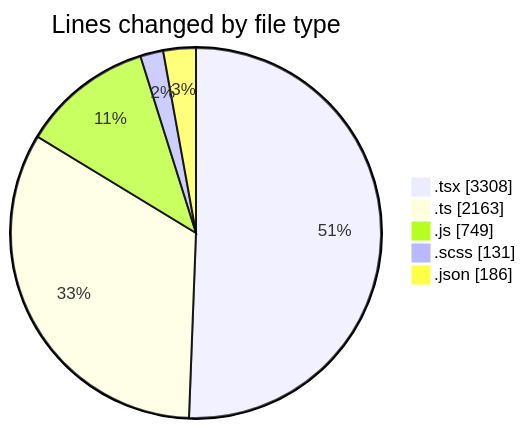
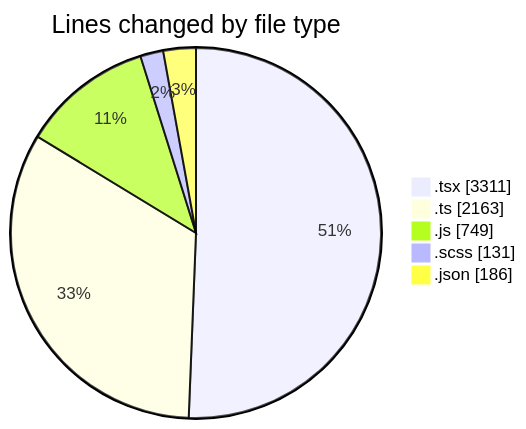
The first of 2 diagrams in 2026-06-11/cda/README.md (momahboobian/code-tracking), drawn with Mermaid before and after one commit. The commit also changed other lines of this file and 1 other file, not shown here.

````diff
--- a/2026-06-11/cda/README.md
+++ b/2026-06-11/cda/README.md
@@ -58,9 +58,9 @@
 ```mermaid
 pie showData
 title Lines changed by file type
-".tsx" : 3308
+".tsx" : 3311
 ".ts" : 2163
 ".js" : 749
 ".scss" : 131
 ".json" : 186
 ```
````
